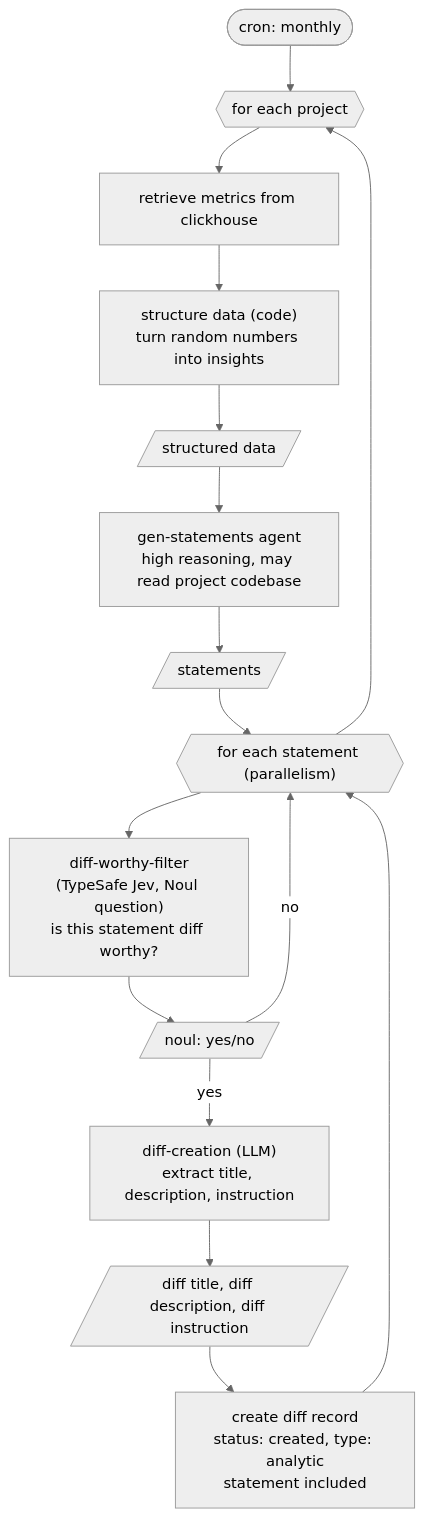
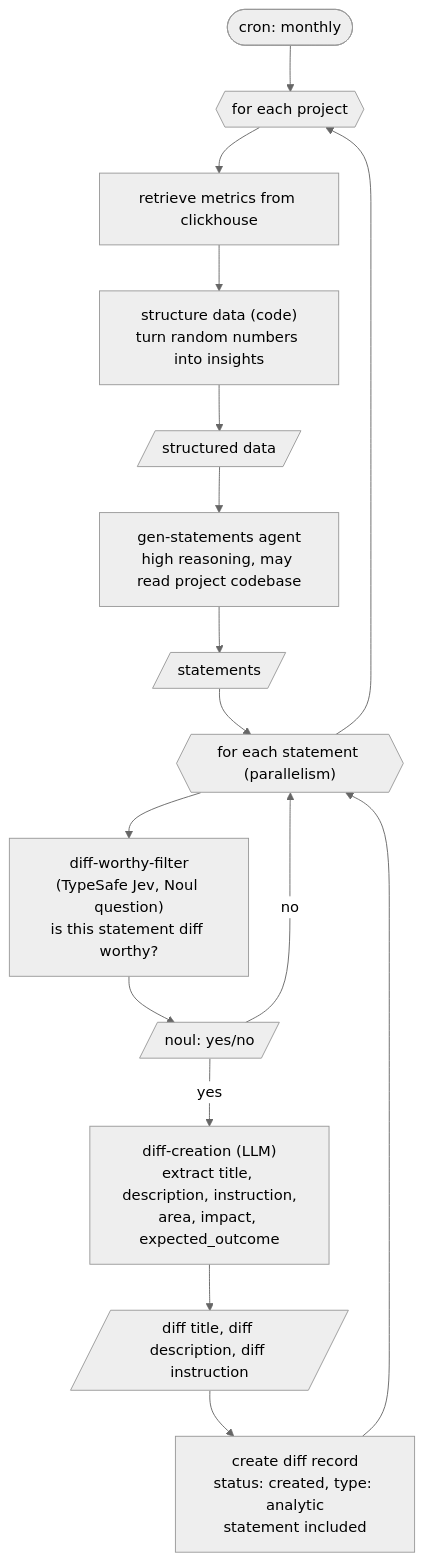
The diagram in flows/diff-creation-with-analytics.md (menuRivera/copycat), drawn with Mermaid (neutral theme) before and after one commit. The commit also changed other lines of this file and 49 other files, not shown here.

````diff
--- a/flows/diff-creation-with-analytics.md
+++ b/flows/diff-creation-with-analytics.md
@@ -3,18 +3,18 @@
 ```mermaid
 flowchart TD
     A([cron: monthly]) --> B{{"for each project"}}
     B --> C["retrieve metrics from clickhouse"]
     C --> D["structure data (code)<br/>turn random numbers into insights"]
     D --> E[/structured data/]
     E --> F["gen-statements agent<br/>high reasoning, may read project codebase"]
     F --> G[/statements/]
     G --> H{{"for each statement (parallelism)"}}
     H --> I["diff-worthy-filter<br/>(TypeSafe Jev, Noul question)<br/>is this statement diff worthy?"]
     I --> I1[/"noul: yes/no"/]
     I1 -- no --> H
-    I1 -- yes --> K["diff-creation (LLM)<br/>extract title, description, instruction"]
+    I1 -- yes --> K["diff-creation (LLM)<br/>extract title, description, instruction,<br/>area, impact, expected_outcome"]
     K --> L[/diff title, diff description, diff instruction/]
     L --> M["create diff record<br/>status: created, type: analytic<br/>statement included"]
     M --> H
     H --> B
 ```
````
